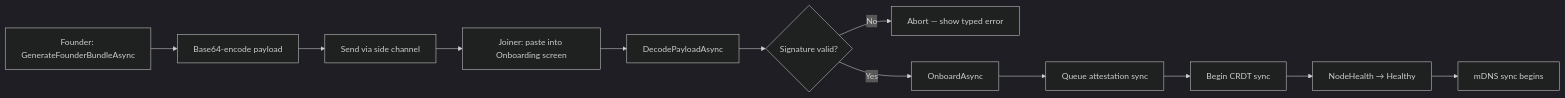
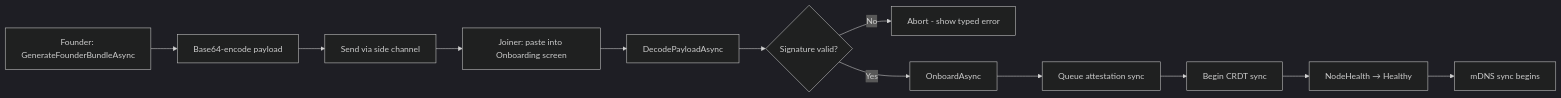
One commit to Harborline-Software/the-inverted-stack changed the second of 3 diagrams in vol-1/part-4-implementation-playbooks/ch17-building-first-node.md. Above: the diagram before and after it, drawn with Mermaid (dark theme). The commit also changed other lines of this file and 376 other files, not shown here.

````diff
--- a/vol-1/part-4-implementation-playbooks/ch17-building-first-node.md
+++ b/vol-1/part-4-implementation-playbooks/ch17-building-first-node.md
@@ -277,14 +281,14 @@
 ```mermaid
 flowchart LR
     A[Founder: GenerateFounderBundleAsync] --> B[Base64-encode payload]
     B --> C[Send via side channel]
     C --> D[Joiner: paste into Onboarding screen]
     D --> E[DecodePayloadAsync]
     E --> F{Signature valid?}
-    F -->|No| G[Abort — show typed error]
+    F -->|No| G[Abort - show typed error]
     F -->|Yes| H[OnboardAsync]
     H --> I[Queue attestation sync]
     I --> J[Begin CRDT sync]
     J --> K[NodeHealth → Healthy]
     K --> L[mDNS sync begins]
 ```
````
